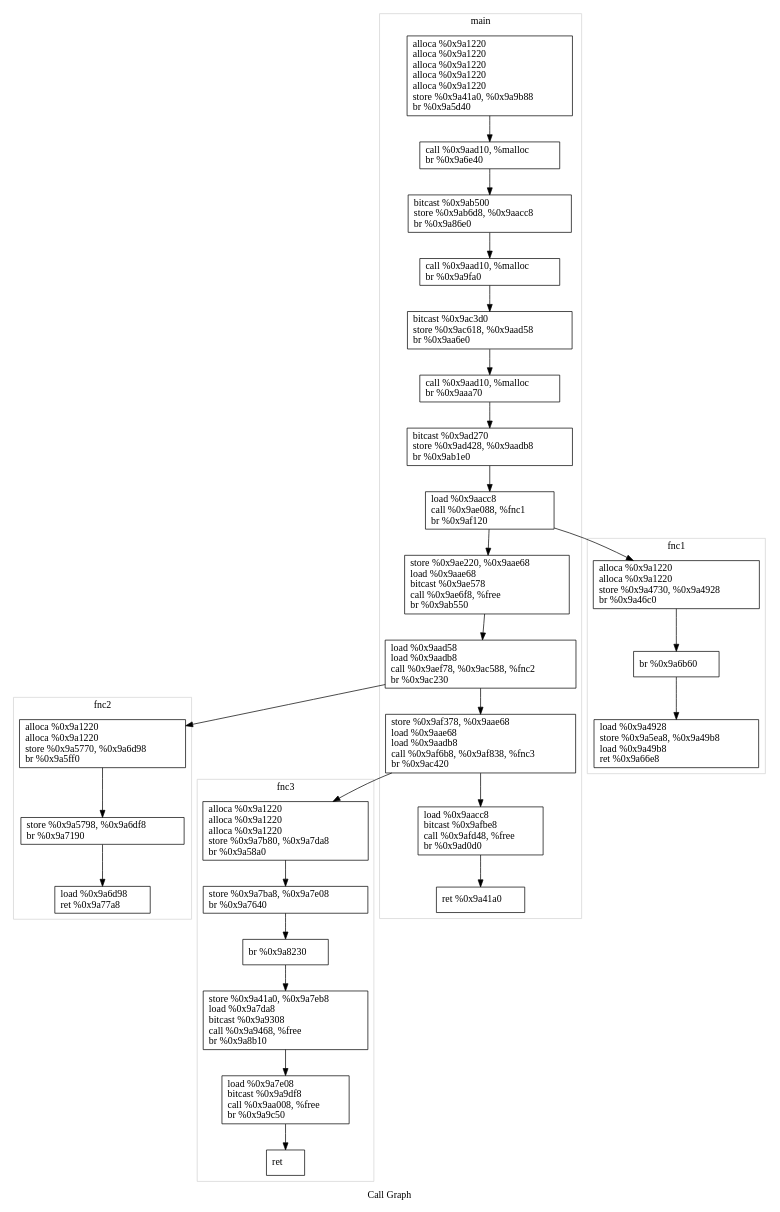
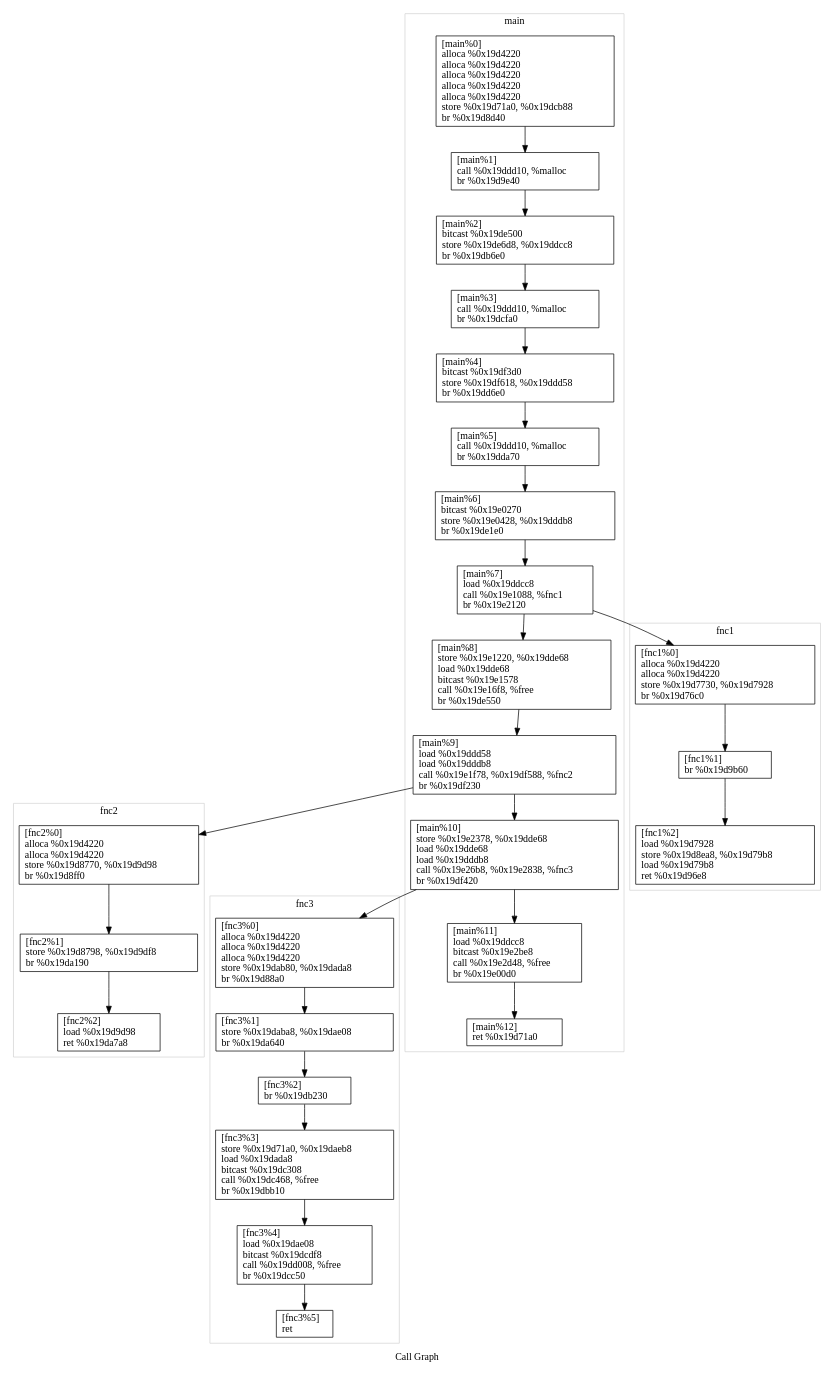
One commit to posjkh22/DrawCallGraph changed the diagram in graph.dot. Above: the diagram before and after it, drawn with Graphviz. The commit also changed 3 other files, not shown here.

```diff
--- a/graph.dot
+++ b/graph.dot
@@ -4,22 +4,25 @@
 	subgraph cluster_0 {
 		color=lightgrey;
 		label="fnc1";
-		Node0x9a4860 [shape=record, label="{
-				alloca %0x9a1220\l
-				alloca %0x9a1220\l
-				store %0x9a4730, %0x9a4928\l
-				br %0x9a46c0\l
+		Node0x19d7860 [shape=record, label="{
+				[fnc1%0]\l
+				alloca %0x19d4220\l
+				alloca %0x19d4220\l
+				store %0x19d7730, %0x19d7928\l
+				br %0x19d76c0\l
 			}"];
-		Node0x9a4860 -> Node0x9a46c0;
-		Node0x9a46c0 [shape=record, label="{
-				br %0x9a6b60\l
+		Node0x19d7860 -> Node0x19d76c0;
+		Node0x19d76c0 [shape=record, label="{
+				[fnc1%1]\l
+				br %0x19d9b60\l
 			}"];
-		Node0x9a46c0 -> Node0x9a6b60;
-		Node0x9a6b60 [shape=record, label="{
-				load %0x9a4928\l
-				store %0x9a5ea8, %0x9a49b8\l
-				load %0x9a49b8\l
-				ret %0x9a66e8\l
+		Node0x19d76c0 -> Node0x19d9b60;
+		Node0x19d9b60 [shape=record, label="{
+				[fnc1%2]\l
+				load %0x19d7928\l
+				store %0x19d8ea8, %0x19d79b8\l
+				load %0x19d79b8\l
+				ret %0x19d96e8\l
 			}"];
 	}
 	subgraph cluster_1 {
@@ -29,59 +32,68 @@
 	subgraph cluster_2 {
 		color=lightgrey;
 		label="fnc2";
-		Node0x9a6cf0 [shape=record, label="{
-				alloca %0x9a1220\l
-				alloca %0x9a1220\l
-				store %0x9a5770, %0x9a6d98\l
-				br %0x9a5ff0\l
+		Node0x19d9cf0 [shape=record, label="{
+				[fnc2%0]\l
+				alloca %0x19d4220\l
+				alloca %0x19d4220\l
+				store %0x19d8770, %0x19d9d98\l
+				br %0x19d8ff0\l
 			}"];
-		Node0x9a6cf0 -> Node0x9a5ff0;
-		Node0x9a5ff0 [shape=record, label="{
-				store %0x9a5798, %0x9a6df8\l
-				br %0x9a7190\l
+		Node0x19d9cf0 -> Node0x19d8ff0;
+		Node0x19d8ff0 [shape=record, label="{
+				[fnc2%1]\l
+				store %0x19d8798, %0x19d9df8\l
+				br %0x19da190\l
 			}"];
-		Node0x9a5ff0 -> Node0x9a7190;
-		Node0x9a7190 [shape=record, label="{
-				load %0x9a6d98\l
-				ret %0x9a77a8\l
+		Node0x19d8ff0 -> Node0x19da190;
+		Node0x19da190 [shape=record, label="{
+				[fnc2%2]\l
+				load %0x19d9d98\l
+				ret %0x19da7a8\l
 			}"];
 	}
 	subgraph cluster_3 {
 		color=lightgrey;
 		label="fnc3";
-		Node0x9a7d00 [shape=record, label="{
-				alloca %0x9a1220\l
-				alloca %0x9a1220\l
-				alloca %0x9a1220\l
-				store %0x9a7b80, %0x9a7da8\l
-				br %0x9a58a0\l
+		Node0x19dad00 [shape=record, label="{
+				[fnc3%0]\l
+				alloca %0x19d4220\l
+				alloca %0x19d4220\l
+				alloca %0x19d4220\l
+				store %0x19dab80, %0x19dada8\l
+				br %0x19d88a0\l
 			}"];
-		Node0x9a7d00 -> Node0x9a58a0;
-		Node0x9a58a0 [shape=record, label="{
-				store %0x9a7ba8, %0x9a7e08\l
-				br %0x9a7640\l
+		Node0x19dad00 -> Node0x19d88a0;
+		Node0x19d88a0 [shape=record, label="{
+				[fnc3%1]\l
+				store %0x19daba8, %0x19dae08\l
+				br %0x19da640\l
 			}"];
-		Node0x9a58a0 -> Node0x9a7640;
-		Node0x9a7640 [shape=record, label="{
-				br %0x9a8230\l
+		Node0x19d88a0 -> Node0x19da640;
+		Node0x19da640 [shape=record, label="{
+				[fnc3%2]\l
+				br %0x19db230\l
 			}"];
-		Node0x9a7640 -> Node0x9a8230;
-		Node0x9a8230 [shape=record, label="{
-				store %0x9a41a0, %0x9a7eb8\l
-				load %0x9a7da8\l
-				bitcast %0x9a9308\l
-				call %0x9a9468, %free\l
-				br %0x9a8b10\l
+		Node0x19da640 -> Node0x19db230;
+		Node0x19db230 [shape=record, label="{
+				[fnc3%3]\l
+				store %0x19d71a0, %0x19daeb8\l
+				load %0x19dada8\l
+				bitcast %0x19dc308\l
+				call %0x19dc468, %free\l
+				br %0x19dbb10\l
 			}"];
-		Node0x9a8230 -> Node0x9a8b10;
-		Node0x9a8b10 [shape=record, label="{
-				load %0x9a7e08\l
-				bitcast %0x9a9df8\l
-				call %0x9aa008, %free\l
-				br %0x9a9c50\l
+		Node0x19db230 -> Node0x19dbb10;
+		Node0x19dbb10 [shape=record, label="{
+				[fnc3%4]\l
+				load %0x19dae08\l
+				bitcast %0x19dcdf8\l
+				call %0x19dd008, %free\l
+				br %0x19dcc50\l
 			}"];
-		Node0x9a8b10 -> Node0x9a9c50;
-		Node0x9a9c50 [shape=record, label="{
+		Node0x19dbb10 -> Node0x19dcc50;
+		Node0x19dcc50 [shape=record, label="{
+				[fnc3%5]\l
 				ret \l
 			}"];
 	}
@@ -92,94 +104,107 @@
 	subgraph cluster_5 {
 		color=lightgrey;
 		label="main";
-		Node0x9aabe0 [shape=record, label="{
-				alloca %0x9a1220\l
-				alloca %0x9a1220\l
-				alloca %0x9a1220\l
-				alloca %0x9a1220\l
-				alloca %0x9a1220\l
-				store %0x9a41a0, %0x9a9b88\l
-				br %0x9a5d40\l
+		Node0x19ddbe0 [shape=record, label="{
+				[main%0]\l
+				alloca %0x19d4220\l
+				alloca %0x19d4220\l
+				alloca %0x19d4220\l
+				alloca %0x19d4220\l
+				alloca %0x19d4220\l
+				store %0x19d71a0, %0x19dcb88\l
+				br %0x19d8d40\l
 			}"];
-		Node0x9aabe0 -> Node0x9a5d40;
-		Node0x9a5d40 [shape=record, label="{
-				call %0x9aad10, %malloc\l
-				br %0x9a6e40\l
+		Node0x19ddbe0 -> Node0x19d8d40;
+		Node0x19d8d40 [shape=record, label="{
+				[main%1]\l
+				call %0x19ddd10, %malloc\l
+				br %0x19d9e40\l
 			}"];
-		Node0x9a5d40 -> Node0x9a6e40;
-		Node0x9a6e40 [shape=record, label="{
-				bitcast %0x9ab500\l
-				store %0x9ab6d8, %0x9aacc8\l
-				br %0x9a86e0\l
+		Node0x19d8d40 -> Node0x19d9e40;
+		Node0x19d9e40 [shape=record, label="{
+				[main%2]\l
+				bitcast %0x19de500\l
+				store %0x19de6d8, %0x19ddcc8\l
+				br %0x19db6e0\l
 			}"];
-		Node0x9a6e40 -> Node0x9a86e0;
-		Node0x9a86e0 [shape=record, label="{
-				call %0x9aad10, %malloc\l
-				br %0x9a9fa0\l
+		Node0x19d9e40 -> Node0x19db6e0;
+		Node0x19db6e0 [shape=record, label="{
+				[main%3]\l
+				call %0x19ddd10, %malloc\l
+				br %0x19dcfa0\l
 			}"];
-		Node0x9a86e0 -> Node0x9a9fa0;
-		Node0x9a9fa0 [shape=record, label="{
-				bitcast %0x9ac3d0\l
-				store %0x9ac618, %0x9aad58\l
-				br %0x9aa6e0\l
+		Node0x19db6e0 -> Node0x19dcfa0;
+		Node0x19dcfa0 [shape=record, label="{
+				[main%4]\l
+				bitcast %0x19df3d0\l
+				store %0x19df618, %0x19ddd58\l
+				br %0x19dd6e0\l
 			}"];
-		Node0x9a9fa0 -> Node0x9aa6e0;
-		Node0x9aa6e0 [shape=record, label="{
-				call %0x9aad10, %malloc\l
-				br %0x9aaa70\l
+		Node0x19dcfa0 -> Node0x19dd6e0;
+		Node0x19dd6e0 [shape=record, label="{
+				[main%5]\l
+				call %0x19ddd10, %malloc\l
+				br %0x19dda70\l
 			}"];
-		Node0x9aa6e0 -> Node0x9aaa70;
-		Node0x9aaa70 [shape=record, label="{
-				bitcast %0x9ad270\l
-				store %0x9ad428, %0x9aadb8\l
-				br %0x9ab1e0\l
+		Node0x19dd6e0 -> Node0x19dda70;
+		Node0x19dda70 [shape=record, label="{
+				[main%6]\l
+				bitcast %0x19e0270\l
+				store %0x19e0428, %0x19dddb8\l
+				br %0x19de1e0\l
 			}"];
-		Node0x9aaa70 -> Node0x9ab1e0;
-		Node0x9ab1e0 [shape=record, label="{
-				load %0x9aacc8\l
-				call %0x9ae088, %fnc1\l
-				br %0x9af120\l
+		Node0x19dda70 -> Node0x19de1e0;
+		Node0x19de1e0 [shape=record, label="{
+				[main%7]\l
+				load %0x19ddcc8\l
+				call %0x19e1088, %fnc1\l
+				br %0x19e2120\l
 			}"];
-		Node0x9ab1e0 -> Node0x9af120;
-		Node0x9af120 [shape=record, label="{
-				store %0x9ae220, %0x9aae68\l
-				load %0x9aae68\l
-				bitcast %0x9ae578\l
-				call %0x9ae6f8, %free\l
-				br %0x9ab550\l
+		Node0x19de1e0 -> Node0x19e2120;
+		Node0x19e2120 [shape=record, label="{
+				[main%8]\l
+				store %0x19e1220, %0x19dde68\l
+				load %0x19dde68\l
+				bitcast %0x19e1578\l
+				call %0x19e16f8, %free\l
+				br %0x19de550\l
 			}"];
-		Node0x9af120 -> Node0x9ab550;
-		Node0x9ab550 [shape=record, label="{
-				load %0x9aad58\l
-				load %0x9aadb8\l
-				call %0x9aef78, %0x9ac588, %fnc2\l
-				br %0x9ac230\l
+		Node0x19e2120 -> Node0x19de550;
+		Node0x19de550 [shape=record, label="{
+				[main%9]\l
+				load %0x19ddd58\l
+				load %0x19dddb8\l
+				call %0x19e1f78, %0x19df588, %fnc2\l
+				br %0x19df230\l
 			}"];
-		Node0x9ab550 -> Node0x9ac230;
-		Node0x9ac230 [shape=record, label="{
-				store %0x9af378, %0x9aae68\l
-				load %0x9aae68\l
-				load %0x9aadb8\l
-				call %0x9af6b8, %0x9af838, %fnc3\l
-				br %0x9ac420\l
+		Node0x19de550 -> Node0x19df230;
+		Node0x19df230 [shape=record, label="{
+				[main%10]\l
+				store %0x19e2378, %0x19dde68\l
+				load %0x19dde68\l
+				load %0x19dddb8\l
+				call %0x19e26b8, %0x19e2838, %fnc3\l
+				br %0x19df420\l
 			}"];
-		Node0x9ac230 -> Node0x9ac420;
-		Node0x9ac420 [shape=record, label="{
-				load %0x9aacc8\l
-				bitcast %0x9afbe8\l
-				call %0x9afd48, %free\l
-				br %0x9ad0d0\l
+		Node0x19df230 -> Node0x19df420;
+		Node0x19df420 [shape=record, label="{
+				[main%11]\l
+				load %0x19ddcc8\l
+				bitcast %0x19e2be8\l
+				call %0x19e2d48, %free\l
+				br %0x19e00d0\l
 			}"];
-		Node0x9ac420 -> Node0x9ad0d0;
-		Node0x9ad0d0 [shape=record, label="{
-				ret %0x9a41a0\l
+		Node0x19df420 -> Node0x19e00d0;
+		Node0x19e00d0 [shape=record, label="{
+				[main%12]\l
+				ret %0x19d71a0\l
 			}"];
 	}
 	subgraph cluster_6 {
 		color=lightgrey;
 		label="malloc";
 	}
-	Node0x9ab1e0 -> Node0x9a4860
-	Node0x9ab550 -> Node0x9a6cf0
-	Node0x9ac230 -> Node0x9a7d00
+	Node0x19de1e0 -> Node0x19d7860
+	Node0x19de550 -> Node0x19d9cf0
+	Node0x19df230 -> Node0x19dad00
 }
```
